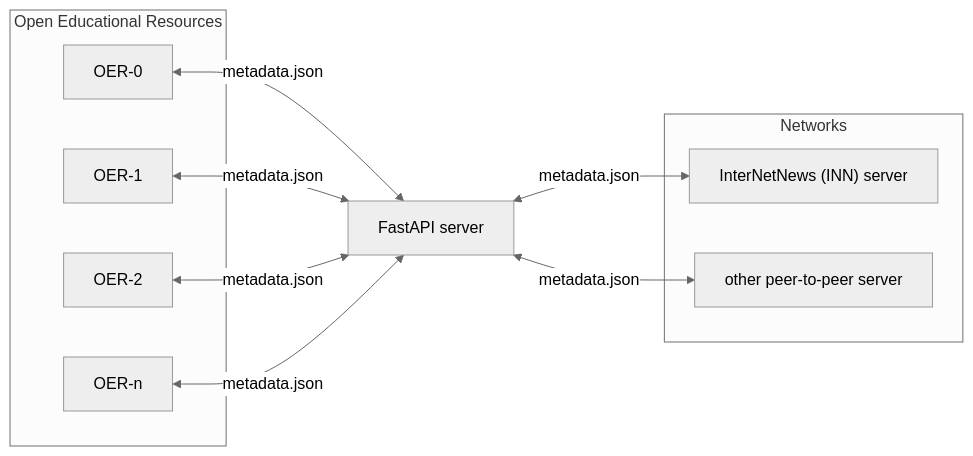
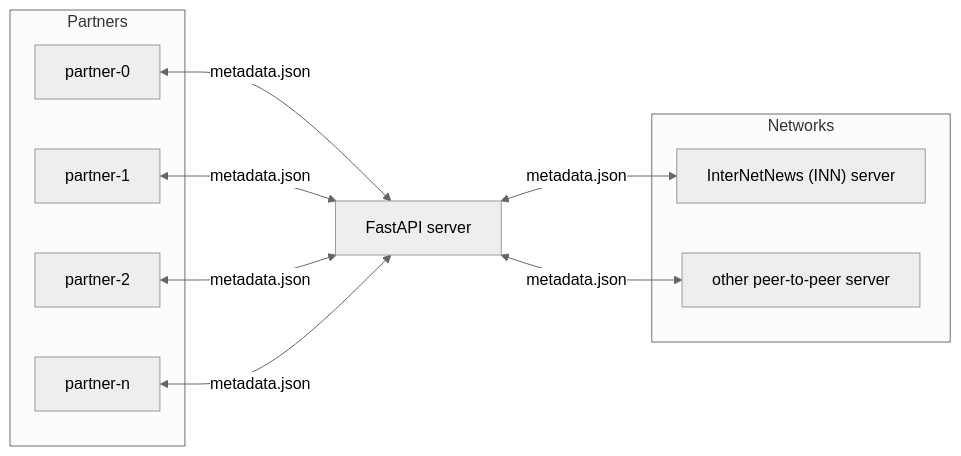
The second of 2 diagrams in README.md (ISKME/Open-Metadata-Exchange), drawn with Mermaid (neutral theme) before and after one commit.

Commit message:
Add OME network diagram

````diff
--- a/README.md
+++ b/README.md
@@ -26,22 +26,22 @@
 ```mermaid
 graph LR
-    subgraph Open Educational Resources
-        OER0[OER-0]
-        OER1[OER-1]
-        OER2[OER-2]
-        OERn[OER-n]
+    subgraph Partners
+        partner0[partner-0]
+        partner1[partner-1]
+        partner2[partner-2]
+        partnerN[partner-n]
     end
 
-    OER0 <-- "metadata.json" --> FastAPI["FastAPI server"]
-    OER1 <-- "metadata.json" --> FastAPI
-    OER2 <-- "metadata.json" --> FastAPI
-    OERn <-- "metadata.json" --> FastAPI
+    partner0 <-- "metadata.json" --> FastAPI["FastAPI server"]
+    partner1 <-- "metadata.json" --> FastAPI
+    partner2 <-- "metadata.json" --> FastAPI
+    partnerN <-- "metadata.json" --> FastAPI
 
     FastAPI <-- "metadata.json" --> INN["InterNetNews (INN) server"]
     FastAPI <-- "metadata.json" --> P2P["other peer-to-peer server"]
 
     subgraph Networks
         INN
         P2P
     end
 ```
````
